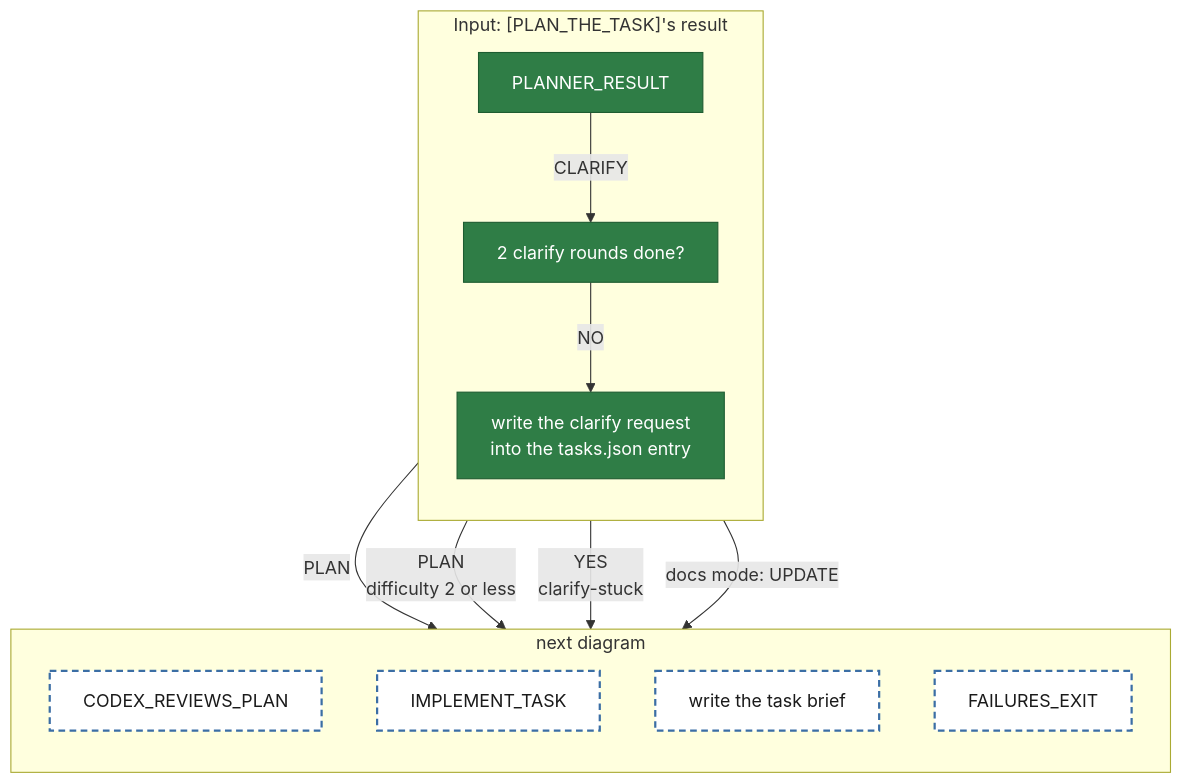
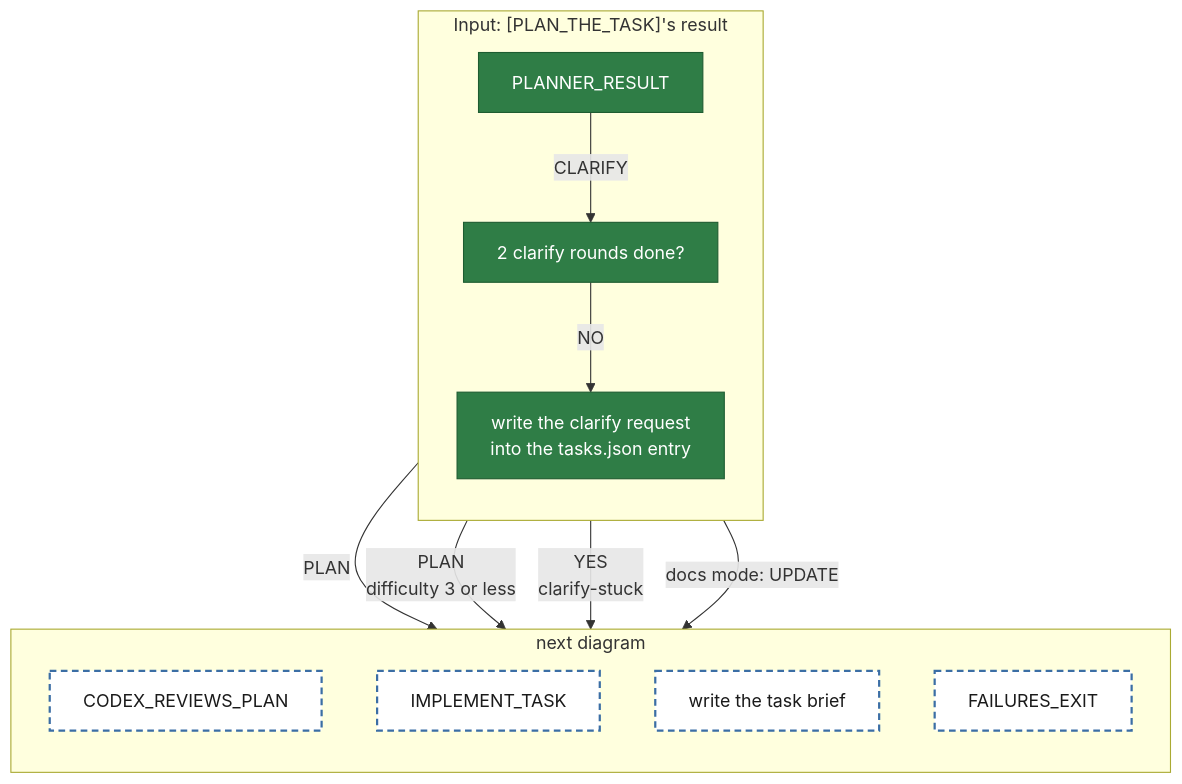
The diagram in diagrams/tackle-tasks/pipeline-whatDidThePlannerReturn.mmd (matkatmusic/taskTools), drawn with Mermaid before and after one commit. The commit also changed 26 other files, not shown here.

First line of the commit message:
refactor: update task difficulty handling and improve documentation

```diff
--- a/diagrams/tackle-tasks/pipeline-whatDidThePlannerReturn.mmd
+++ b/diagrams/tackle-tasks/pipeline-whatDidThePlannerReturn.mmd
@@ -1,32 +1,32 @@
 flowchart TB
 %% One agent() call. /run-step starts at WHAT_DID_THE_PLANNER_RETURN. Every path ends at an orange block or a dashed block.
 
   subgraph whatDidThePlannerReturn ["Input: [PLAN_THE_TASK]'s result"]
     direction TB
     WHAT_DID_THE_PLANNER_RETURN["PLANNER_RESULT"]
     ARE_2_CLARIFY_ROUNDS_DONE_Q["2 clarify rounds done?"]
     WRITE_CLARIFY_REQUEST["write the clarify request<br/>into the tasks.json entry"]
   end
   subgraph whatDidThePlannerReturnNext ["next diagram"]
     direction TB
     CODEX_REVIEWS_PLAN["CODEX_REVIEWS_PLAN"]
     IMPLEMENT_TASK["IMPLEMENT_TASK"]
     DOCUMENT_GENERATION["write the task brief"]
     FAILURES_EXIT["FAILURES_EXIT"]
   end
   whatDidThePlannerReturn ~~~ whatDidThePlannerReturnNext
 
   WHAT_DID_THE_PLANNER_RETURN -- "PLAN" --> CODEX_REVIEWS_PLAN
-  WHAT_DID_THE_PLANNER_RETURN -- "PLAN<br/>difficulty 2 or less" --> IMPLEMENT_TASK
+  WHAT_DID_THE_PLANNER_RETURN -- "PLAN<br/>difficulty 3 or less" --> IMPLEMENT_TASK
   WHAT_DID_THE_PLANNER_RETURN -- "CLARIFY" --> ARE_2_CLARIFY_ROUNDS_DONE_Q
   ARE_2_CLARIFY_ROUNDS_DONE_Q -- "NO" --> WRITE_CLARIFY_REQUEST
   ARE_2_CLARIFY_ROUNDS_DONE_Q -- "YES<br/>clarify-stuck" --> FAILURES_EXIT
   WRITE_CLARIFY_REQUEST -- "docs mode: UPDATE" --> DOCUMENT_GENERATION
 
   classDef script fill:#2f7d46,stroke:#1e5c31,color:#ffffff
   classDef returns_a_prompt fill:#e07b39,stroke:#a8541f,color:#1a1a1a
   classDef fail fill:red,stroke:#254a70,color:#ffffff
   classDef output fill:#3b6ea5,stroke:#254a70,color:#ffffff
   classDef next_diagram fill:#ffffff,stroke:#3b6ea5,stroke-width:2px,stroke-dasharray:6 4,color:#1a1a1a
   class WHAT_DID_THE_PLANNER_RETURN,ARE_2_CLARIFY_ROUNDS_DONE_Q,WRITE_CLARIFY_REQUEST script
   class CODEX_REVIEWS_PLAN,IMPLEMENT_TASK,DOCUMENT_GENERATION,FAILURES_EXIT next_diagram
```
